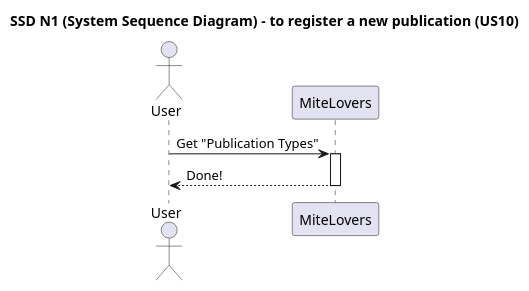
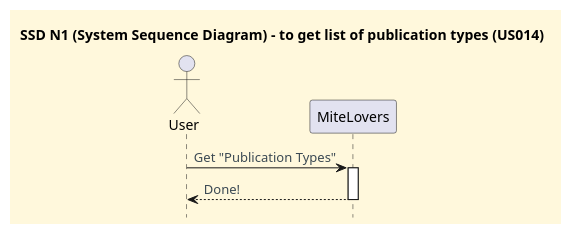
One commit to CarolinaLeite-collab/JavaMarketplacePlatform changed the diagram in docs/userStories/US014/SSD_US014.puml. Above: the diagram before and after it, drawn with PlantUML. The commit also changed 1 other file, not shown here.

```diff
--- a/docs/userStories/US014/SSD_US014.puml
+++ b/docs/userStories/US014/SSD_US014.puml
@@ -1,16 +1,28 @@
 @startuml
-title SSD N1 (System Sequence Diagram) - to register a new publication (US10)
+title SSD N1 (System Sequence Diagram) - to get list of publication types (US014)
+
+'==== basic style ====
+skinparam monochrome false
+skinparam shadowing false
+skinparam defaultFontName Futura
+skinparam objectFontSize 20
+skinparam backgroundColor CornSilk
+skinparam objectBackgroundColor WhiteSmoke
+skinparam noteBackgroundColor #FFFFE0
+skinparam ArrowFontColor #3B4953
+skinparam ActivationBackgroundColor black
+hidefootbox
 
 actor User
 participant "MiteLovers" as System
 
 User -> System: Get "Publication Types"
 
 activate System
 
 System --> User: Done!
 
 
 
 deactivate System
 @enduml
```
